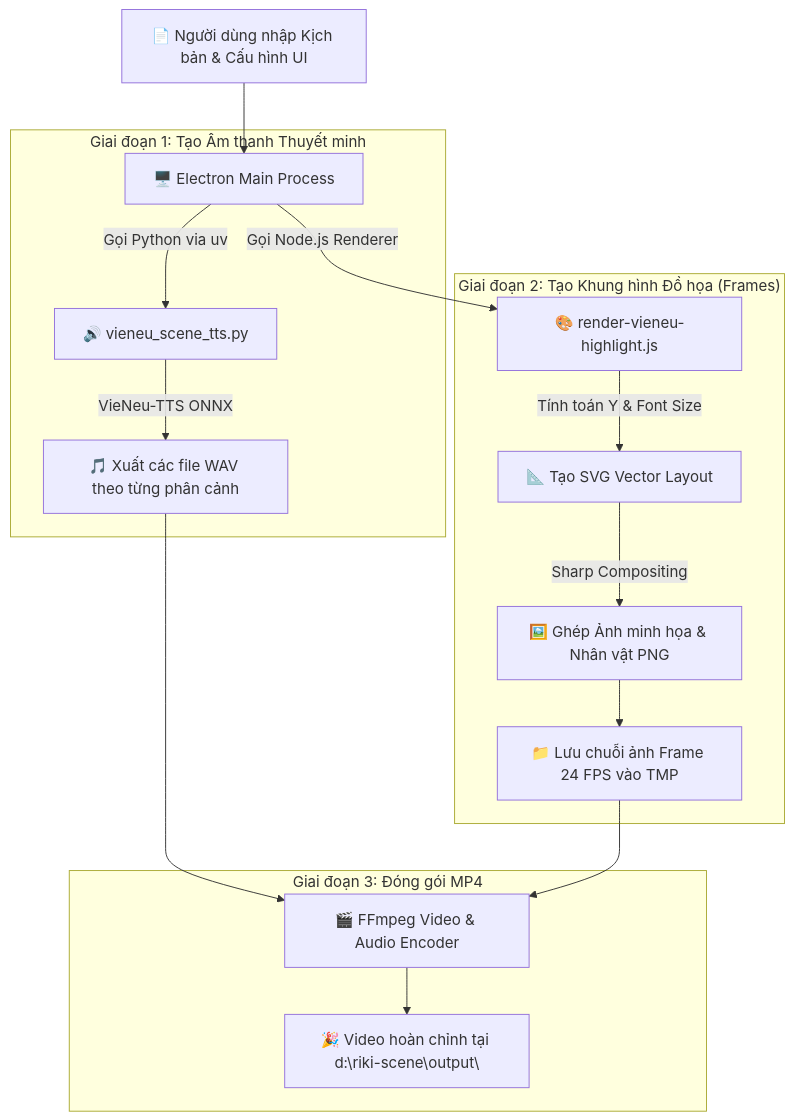
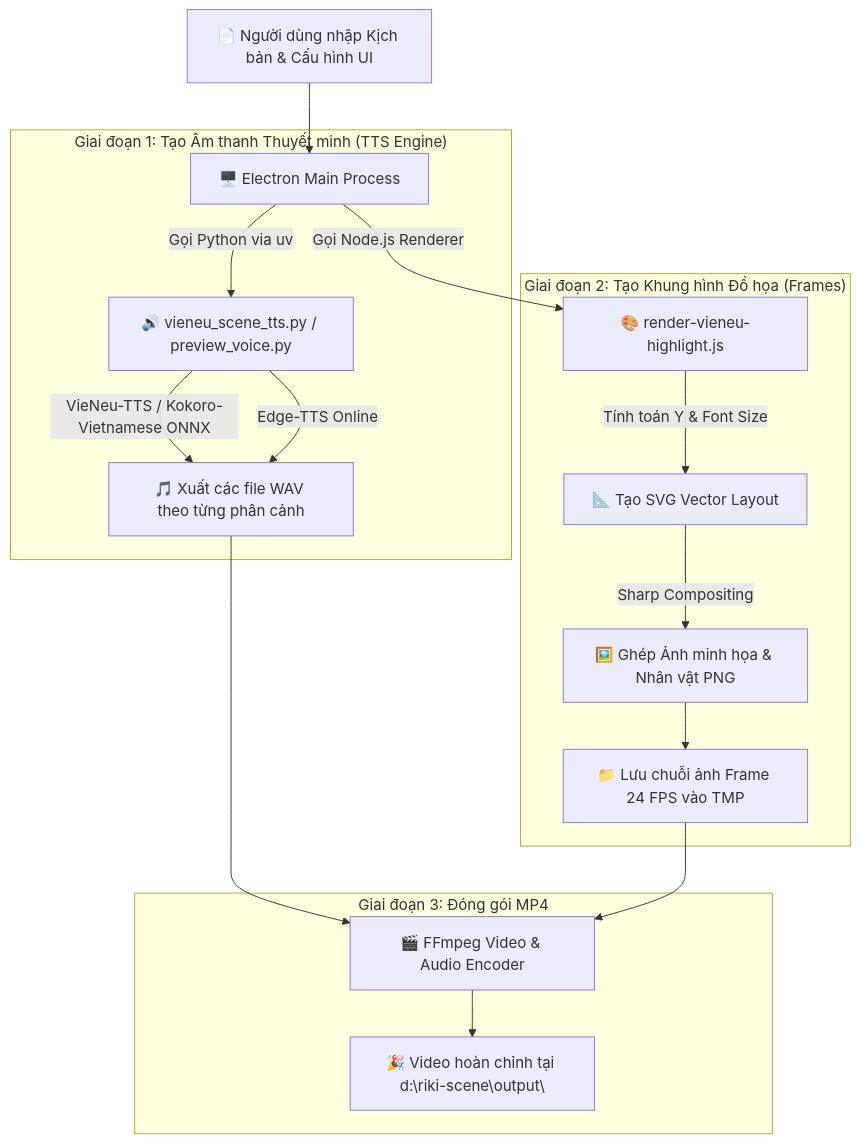
One commit to lucvietlinhai/riki-scene changed the diagram in README.md. Above: the diagram before and after it, drawn with Mermaid. The commit also changed other lines of this file and 10 other files, not shown here.

````diff
--- a/README.md
+++ b/README.md
@@ -32,22 +34,23 @@
 ```mermaid
 flowchart TD
     A[📄 Người dùng nhập Kịch bản & Cấu hình UI] --> B[🖥️ Electron Main Process]
     
-    subgraph STAGE1["Giai đoạn 1: Tạo Âm thanh Thuyết minh"]
-        B -->|Gọi Python via uv| C[🔊 vieneu_scene_tts.py]
-        C -->|VieNeu-TTS ONNX| D[🎵 Xuất các file WAV theo từng phân cảnh]
+    subgraph STAGE1["Giai đoạn 1: Tạo Âm thanh Thuyết minh (TTS Engine)"]
+        B -->|Gọi Python via uv| C[🔊 vieneu_scene_tts.py / preview_voice.py]
+        C -->|VieNeu-TTS / Kokoro-Vietnamese ONNX| D[🎵 Xuất các file WAV theo từng phân cảnh]
+        C -->|Edge-TTS Online| D
     end
     
     subgraph STAGE2["Giai đoạn 2: Tạo Khung hình Đồ họa (Frames)"]
         B -->|Gọi Node.js Renderer| E[🎨 render-vieneu-highlight.js]
         E -->|Tính toán Y & Font Size| F[📐 Tạo SVG Vector Layout]
         F -->|Sharp Compositing| G[🖼️ Ghép Ảnh minh họa & Nhân vật PNG]
         G --> H[📁 Lưu chuỗi ảnh Frame 24 FPS vào TMP]
     end
 
     subgraph STAGE3["Giai đoạn 3: Đóng gói MP4"]
         D --> I[🎬 FFmpeg Video & Audio Encoder]
         H --> I
         I --> J[🎉 Video hoàn chỉnh tại d:\riki-scene\output\]
     end
 ```
````
